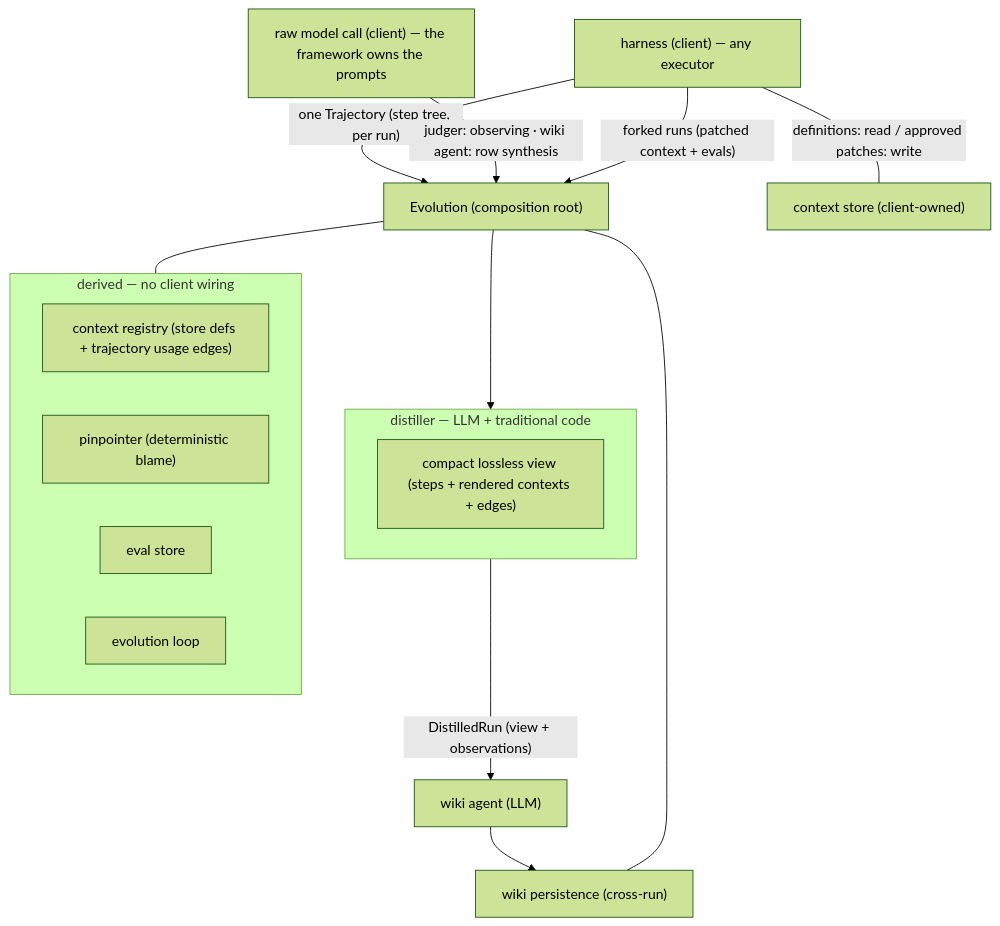
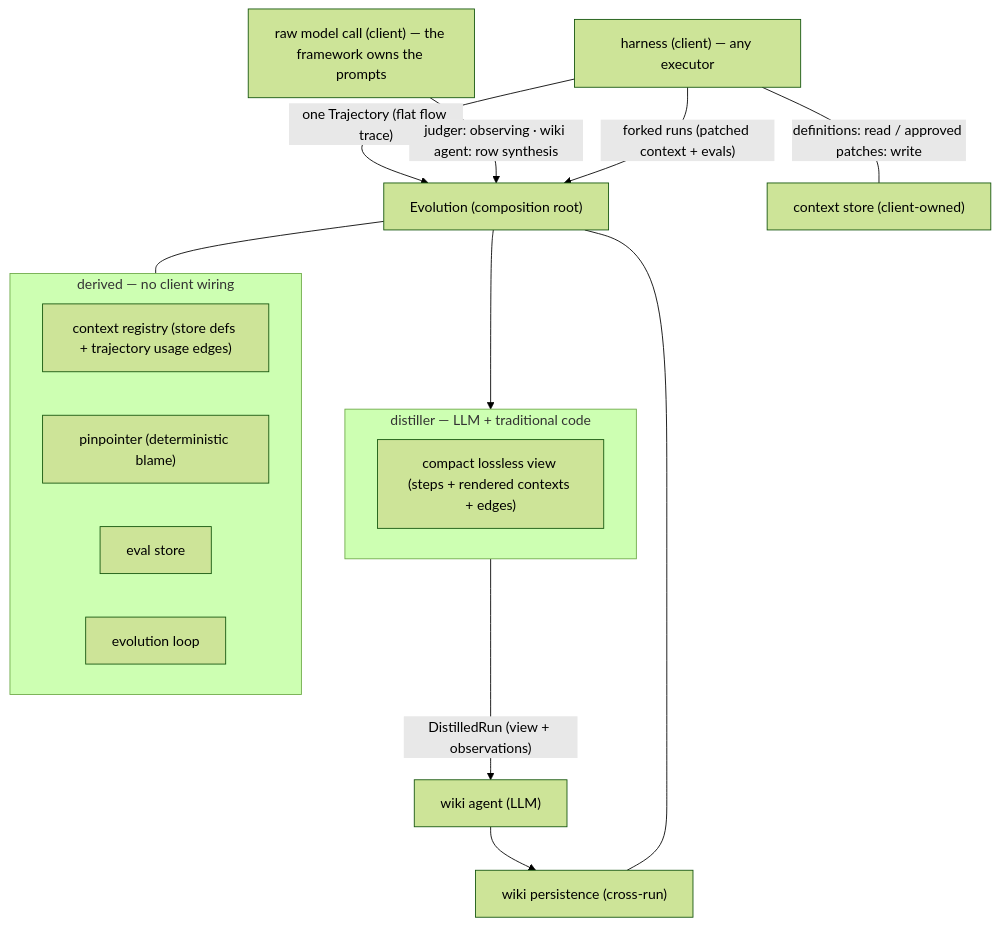
The first of 3 diagrams in packages/evolution/WIRING.md (Ajaya1000/llmx), drawn with Mermaid (forest theme) before and after one commit. The commit also changed other lines of this file and 7 other files, not shown here.

````diff
--- a/packages/evolution/WIRING.md
+++ b/packages/evolution/WIRING.md
@@ -18,24 +18,24 @@
 ```mermaid
 flowchart TB
     H["harness (client) — any executor"]
-    H -->|"one Trajectory (step tree, per run)"| EVO["Evolution (composition root)"]
+    H -->|"one Trajectory (flat flow trace)"| EVO["Evolution (composition root)"]
     H ---|"definitions: read / approved patches: write"| CS["context store (client-owned)"]
     M["raw model call (client) — the framework owns the prompts"]
     M -->|"judger: observing · wiki agent: row synthesis"| EVO
     subgraph D["distiller — LLM + traditional code"]
         V["compact lossless view (steps + rendered contexts + edges)"]
     end
     EVO --> D
     D -->|"DistilledRun (view + observations)"| W["wiki agent (LLM)"]
     WP["wiki persistence (cross-run)"]
     W --> WP
     EVO --- WP
     subgraph E["derived — no client wiring"]
         REG["context registry (store defs + trajectory usage edges)"]
         P["pinpointer (deterministic blame)"]
         ES["eval store"]
         L["evolution loop"]
     end
     EVO --- E
     H -->|"forked runs (patched context + evals)"| EVO
 ```
````
